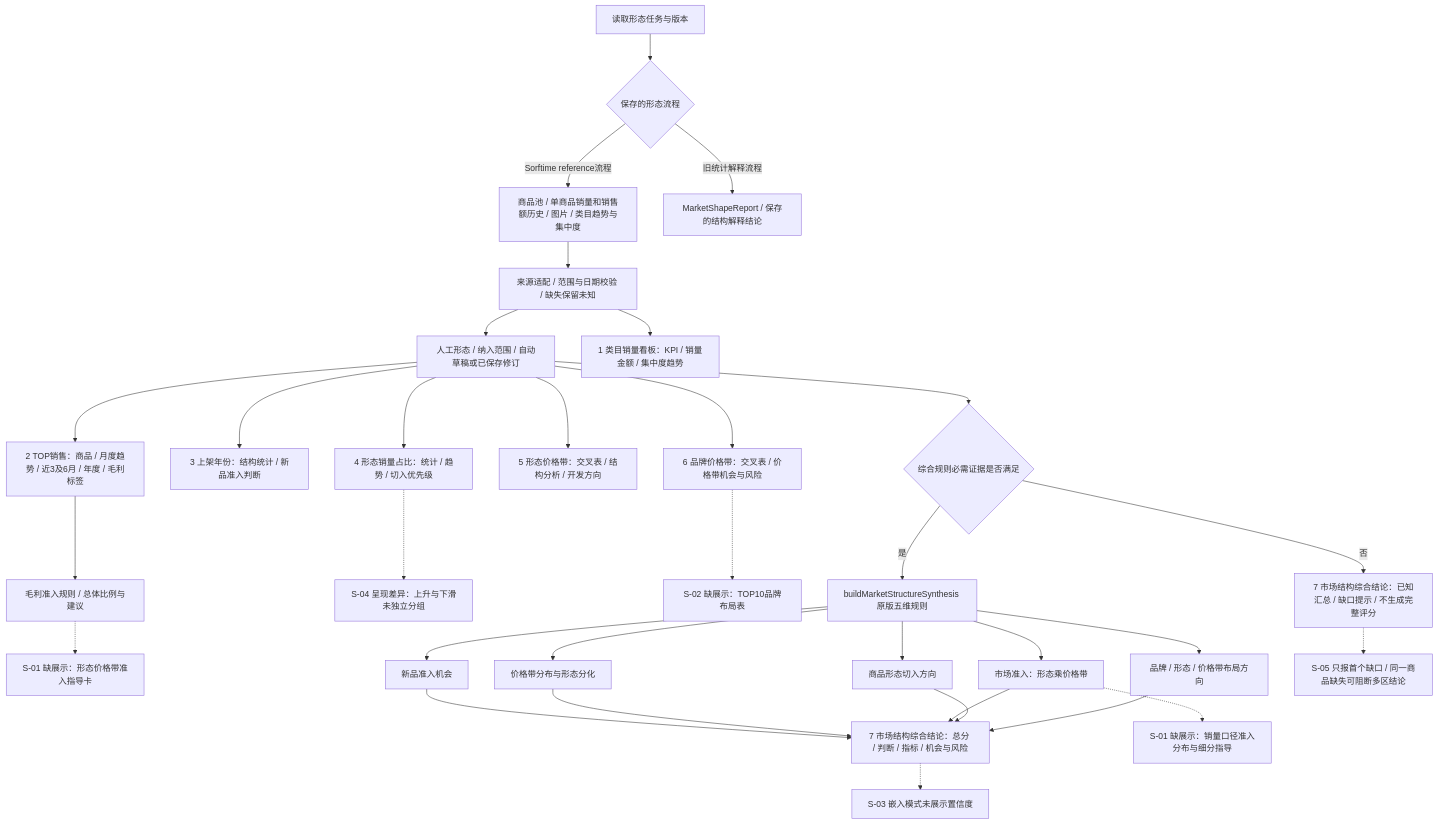
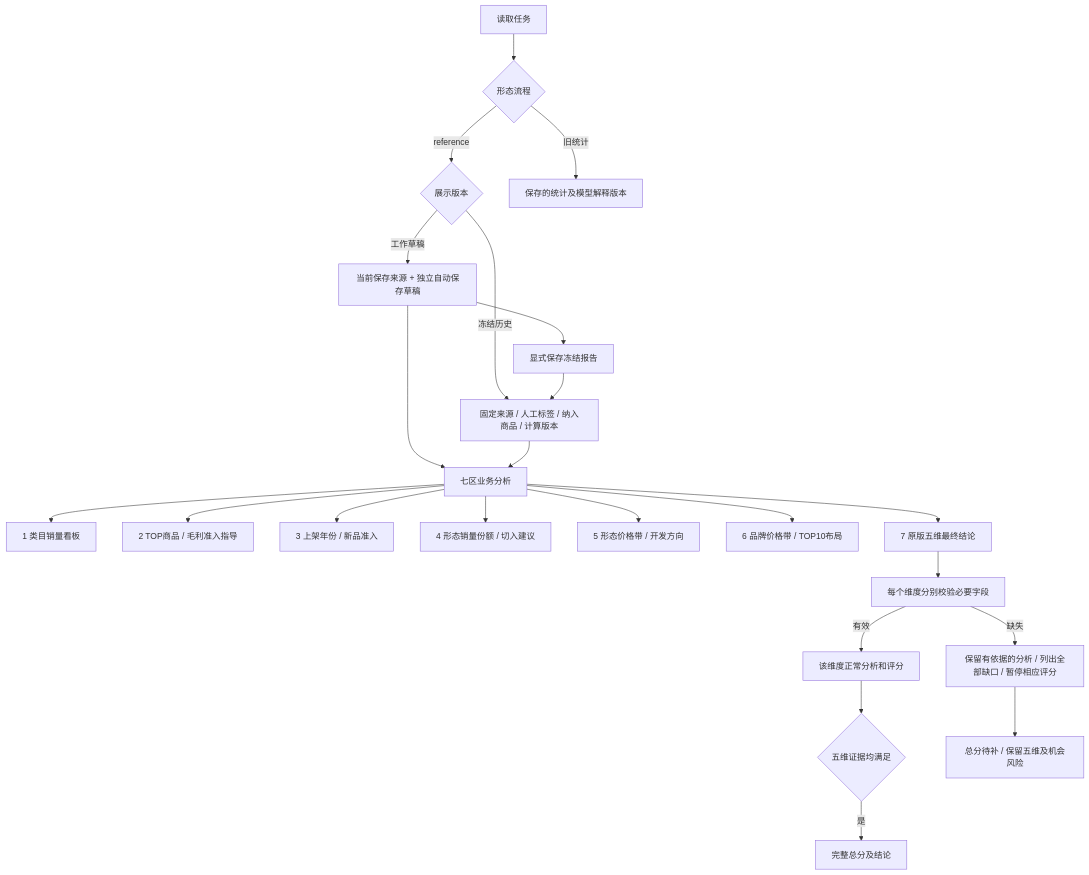
Before and after one commit to chenzhe-dream/amazon-insights: the second of 3 diagrams in docs/market-research/market-business-flow-20261015.md, drawn with Mermaid. The commit also changed other lines of this file and 33 other files, not shown here.

````diff
--- a/docs/market-research/market-business-flow-20261015.md
+++ b/docs/market-research/market-business-flow-20261015.md
@@ -49,34 +49,25 @@
 ```mermaid
 flowchart TD
-  R[读取形态任务与版本] --> FLOW{保存的形态流程}
-  FLOW -->|Sorftime reference流程| P[商品池 / 单商品销量和销售额历史 / 图片 / 类目趋势与集中度]
-  FLOW -->|旧统计解释流程| LEGACY[MarketShapeReport / 保存的结构解释结论]
-  P --> AD[来源适配 / 范围与日期校验 / 缺失保留未知]
-  AD --> MANUAL[人工形态 / 纳入范围 / 自动草稿或已保存修订]
-  AD --> DASH[1 类目销量看板：KPI / 销量金额 / 集中度趋势]
-  MANUAL --> TOP[2 TOP销售：商品 / 月度趋势 / 近3及6月 / 年度 / 毛利标签]
-  TOP --> MARGIN[毛利准入规则 / 总体比例与建议]
-  MARGIN -.-> MGAP[S-01 缺展示：形态价格带准入指导卡]
-  MANUAL --> YEAR[3 上架年份：结构统计 / 新品准入判断]
-  MANUAL --> SS[4 形态销量占比：统计 / 趋势 / 切入优先级]
-  SS -.-> STYLE[S-04 呈现差异：上升与下滑未独立分组]
-  MANUAL --> SP[5 形态价格带：交叉表 / 结构分析 / 开发方向]
-  MANUAL --> BP[6 品牌价格带：交叉表 / 价格带机会与风险]
-  BP -.-> BPGAP[S-02 缺展示：TOP10品牌布局表]
-  MANUAL --> GATE{综合规则必需证据是否满足}
-  GATE -->|否| GAP[7 市场结构综合结论：已知汇总 / 缺口提示 / 不生成完整评分]
-  GATE -->|是| FIVE[buildMarketStructureSynthesis 原版五维规则]
-  FIVE --> F1[新品准入机会]
-  FIVE --> F2[价格带分布与形态分化]
-  FIVE --> F3[市场准入：形态乘价格带]
-  FIVE --> F4[商品形态切入方向]
-  FIVE --> F5[品牌 / 形态 / 价格带布局方向]
-  F1 --> FINAL[7 市场结构综合结论：总分 / 判断 / 指标 / 机会与风险]
-  F2 --> FINAL
-  F3 --> FINAL
-  F4 --> FINAL
-  F5 --> FINAL
-  F3 -.-> DETAIL[S-01 缺展示：销量口径准入分布与细分指导]
-  FINAL -.-> CONF[S-03 嵌入模式未展示置信度]
-  GAP -.-> FIRST[S-05 只报首个缺口 / 同一商品缺失可阻断多区结论]
+  R[读取任务] --> FLOW{形态流程}
+  FLOW -->|reference| MODE{展示版本}
+  FLOW -->|旧统计| LEGACY[保存的统计及模型解释版本]
+  MODE -->|工作草稿| P[当前保存来源 + 独立自动保存草稿]
+  MODE -->|冻结历史| H[固定来源 / 人工标签 / 纳入商品 / 计算版本]
+  P --> SAVE[显式保存冻结报告]
+  SAVE --> H
+  P --> ANALYSIS[七区业务分析]
+  H --> ANALYSIS
+  ANALYSIS --> DASH[1 类目销量看板]
+  ANALYSIS --> TOP[2 TOP商品 / 毛利准入指导]
+  ANALYSIS --> YEAR[3 上架年份 / 新品准入]
+  ANALYSIS --> SHAPE[4 形态销量份额 / 切入建议]
+  ANALYSIS --> PRICE[5 形态价格带 / 开发方向]
+  ANALYSIS --> BRAND[6 品牌价格带 / TOP10布局]
+  ANALYSIS --> DIM[7 原版五维最终结论]
+  DIM --> CHECK[每个维度分别校验必要字段]
+  CHECK -->|有效| SCORE[该维度正常分析和评分]
+  CHECK -->|缺失| GAP[保留有依据的分析 / 列出全部缺口 / 暂停相应评分]
+  SCORE --> TOTAL{五维证据均满足}
+  GAP --> PART[总分待补 / 保留五维及机会风险]
+  TOTAL -->|是| FULL[完整总分及结论]
 ```
````
